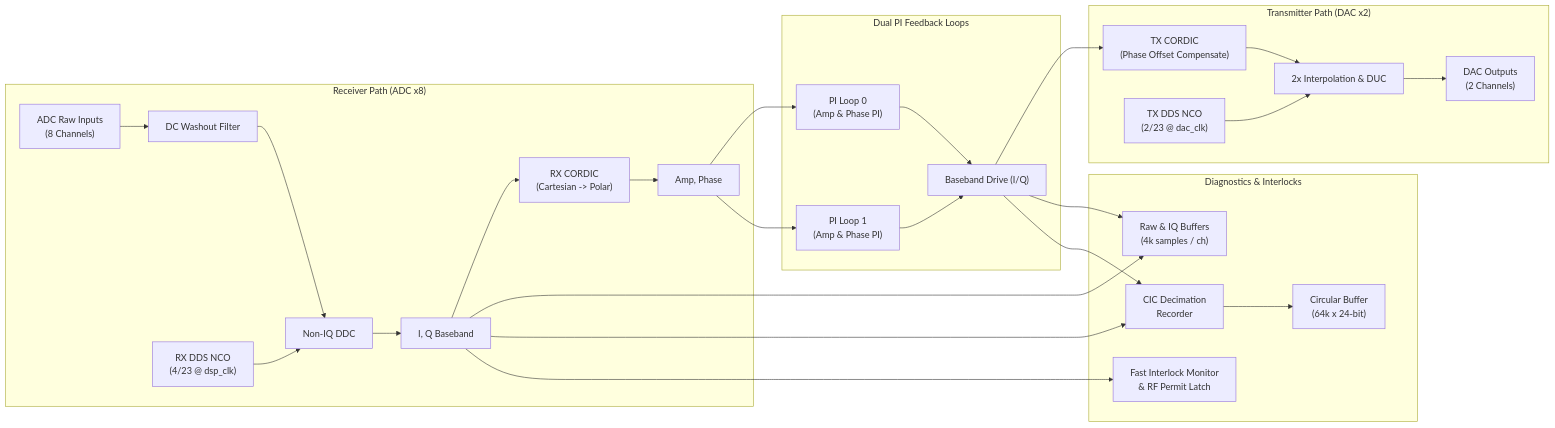
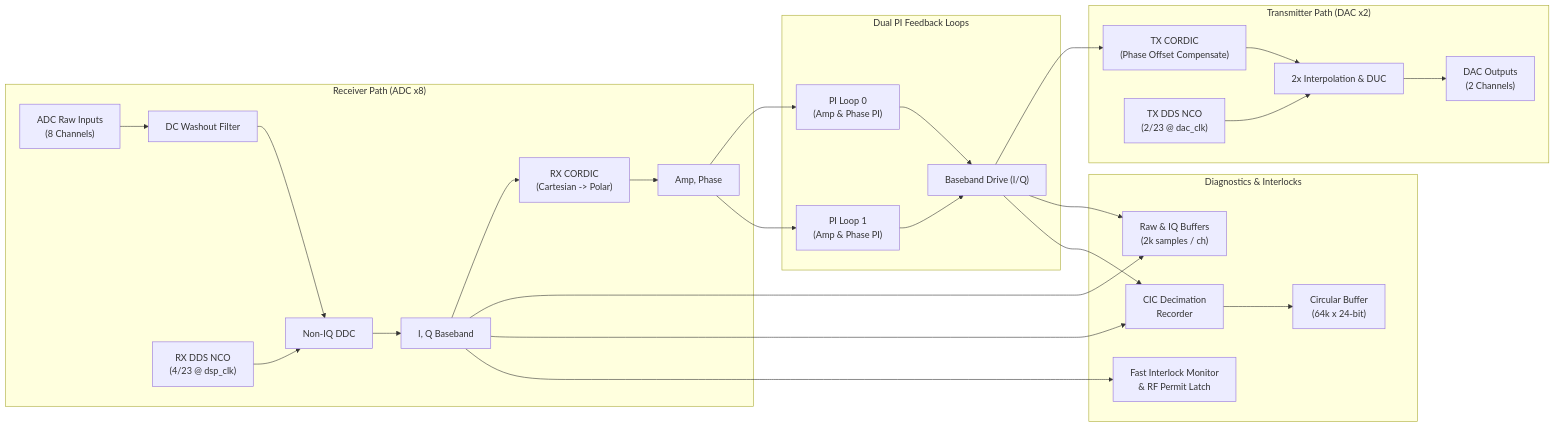
One commit to BerkeleyLab/uspas_llrf changed the diagram in designs/uspas/README.md. Above: the diagram before and after it, drawn with Mermaid. The commit also changed other lines of this file and 13 other files, not shown here.

````diff
--- a/designs/uspas/README.md
+++ b/designs/uspas/README.md
@@ -33,34 +33,34 @@
 ```mermaid
 flowchart LR
     subgraph RX_Path["Receiver Path (ADC x8)"]
         ADC["ADC Raw Inputs<br/>(8 Channels)"] --> WASH["DC Washout Filter"]
         WASH --> DDC["Non-IQ DDC"]
         RX_DDS["RX DDS NCO<br/>(4/23 @ dsp_clk)"] --> DDC
         DDC --> IQ_BB["I, Q Baseband"]
         IQ_BB --> RX_CORDIC["RX CORDIC<br/>(Cartesian -> Polar)"]
         RX_CORDIC --> AMP_PHS["Amp, Phase"]
     end
 
     subgraph Control_Loops["Dual PI Feedback Loops"]
         AMP_PHS --> PI0["PI Loop 0<br/>(Amp & Phase PI)"]
         AMP_PHS --> PI1["PI Loop 1<br/>(Amp & Phase PI)"]
         PI0 --> DRIVE["Baseband Drive (I/Q)"]
         PI1 --> DRIVE
     end
 
     subgraph TX_Path["Transmitter Path (DAC x2)"]
         DRIVE --> TX_CORDIC["TX CORDIC<br/>(Phase Offset Compensate)"]
         TX_CORDIC --> DUC["2x Interpolation & DUC"]
         TX_DDS["TX DDS NCO<br/>(2/23 @ dac_clk)"] --> DUC
         DUC --> DAC["DAC Outputs<br/>(2 Channels)"]
     end
 
     subgraph Diagnostics["Diagnostics & Interlocks"]
-        IQ_BB --> RAW_BUF["Raw & IQ Buffers<br/>(4k samples / ch)"]
+        IQ_BB --> RAW_BUF["Raw & IQ Buffers<br/>(2k samples / ch)"]
         DRIVE --> RAW_BUF
         IQ_BB --> CIC["CIC Decimation<br/>Recorder"]
         DRIVE --> CIC
         CIC --> CBUF["Circular Buffer<br/>(64k x 24-bit)"]
         IQ_BB --> INLK["Fast Interlock Monitor<br/>& RF Permit Latch"]
     end
 ```
````
